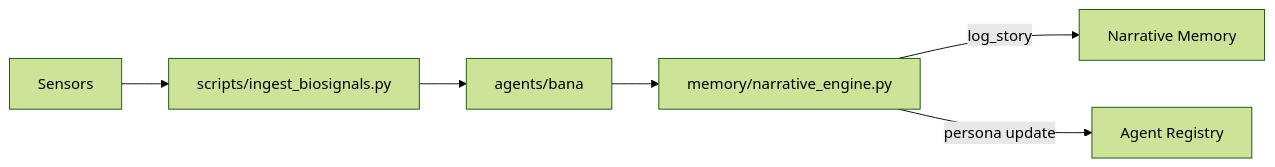
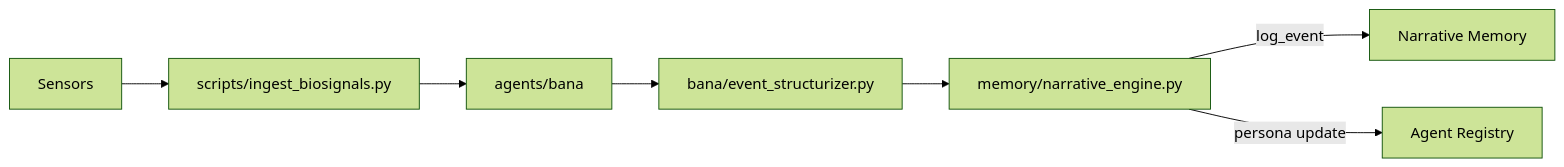
Before and after one commit to DINGIRABZU/ABZU: the diagram in docs/nazarick_narrative_system.md, drawn with Mermaid (forest theme). The commit also changed other lines of this file and 5 other files, not shown here.

````diff
--- a/docs/nazarick_narrative_system.md
+++ b/docs/nazarick_narrative_system.md
@@ -9,8 +9,9 @@
 ```mermaid
 flowchart LR
     S[Sensors] --> I[scripts/ingest_biosignals.py]
     I --> B[agents/bana]
-    B --> M[memory/narrative_engine.py]
-    M -->|log_story| N[Narrative Memory]
+    B --> E[bana/event_structurizer.py]
+    E --> M[memory/narrative_engine.py]
+    M -->|log_event| N[Narrative Memory]
     M -->|persona update| A[Agent Registry]
 ```
````
